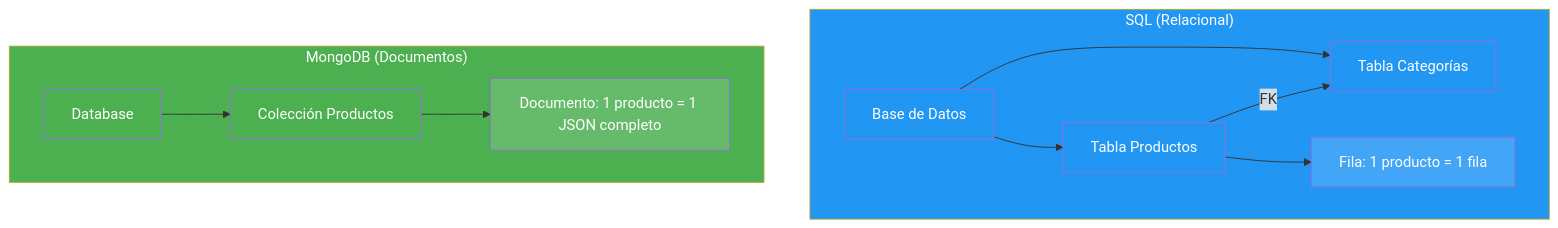
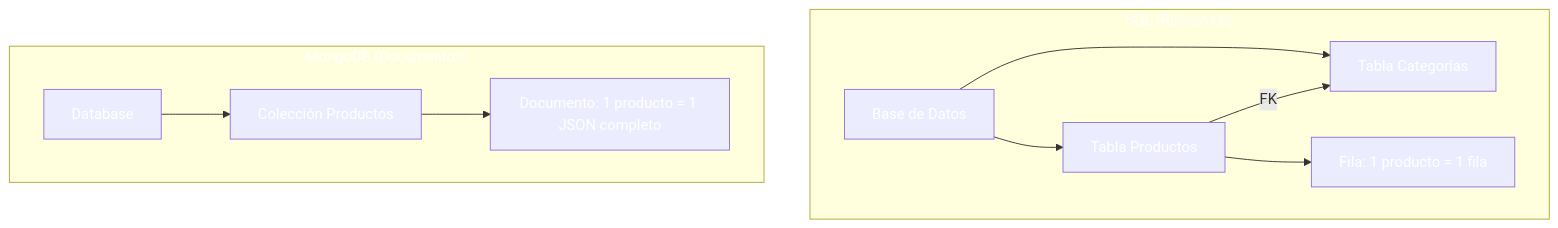
Before and after one commit to joseluisgs/DesarrolloWebEntornosServidor-02-2026-2027: the first of 8 diagrams in 13-mongodb.md, drawn with Mermaid. The commit also changed other lines of this file and 41 other files, not shown here.

````diff
--- a/13-mongodb.md
+++ b/13-mongodb.md
@@ -85,24 +85,24 @@
 ```mermaid
 graph TD
     subgraph SQL["SQL (Relacional)"]
         S1[Base de Datos] --> S2[Tabla Productos]
         S1 --> S3[Tabla Categorías]
         S2 -->|FK| S3
         S2 --> S4[Fila: 1 producto = 1 fila]
     end
 
     subgraph NOSQL["MongoDB (Documentos)"]
         M1[Database] --> M2[Colección Productos]
         M2 --> M3[Documento: 1 producto = 1 JSON completo]
     end
 
-    style SQL fill:#2196F3,color:#fff
-    style NOSQL fill:#4CAF50,color:#fff
-    style S1 fill:#2196F3,color:#fff
-    style S2 fill:#2196F3,color:#fff
-    style S3 fill:#2196F3,color:#fff
-    style S4 fill:#42A5F5,color:#fff
-    style M1 fill:#4CAF50,color:#fff
-    style M2 fill:#4CAF50,color:#fff
-    style M3 fill:#66BB6A,color:#fff
+    style SQL fill:#2196F,color:#fff3,color:#fff
+    style NOSQL fill:#4CAF5,color:#fff0,color:#fff
+    style S1 fill:#2196F,color:#fff3,color:#fff
+    style S2 fill:#2196F,color:#fff3,color:#fff
+    style S3 fill:#2196F,color:#fff3,color:#fff
+    style S4 fill:#42A5F,color:#fff5,color:#fff
+    style M1 fill:#4CAF5,color:#fff0,color:#fff
+    style M2 fill:#4CAF5,color:#fff0,color:#fff
+    style M3 fill:#66BB6,color:#fffA,color:#fff
 ```
````
